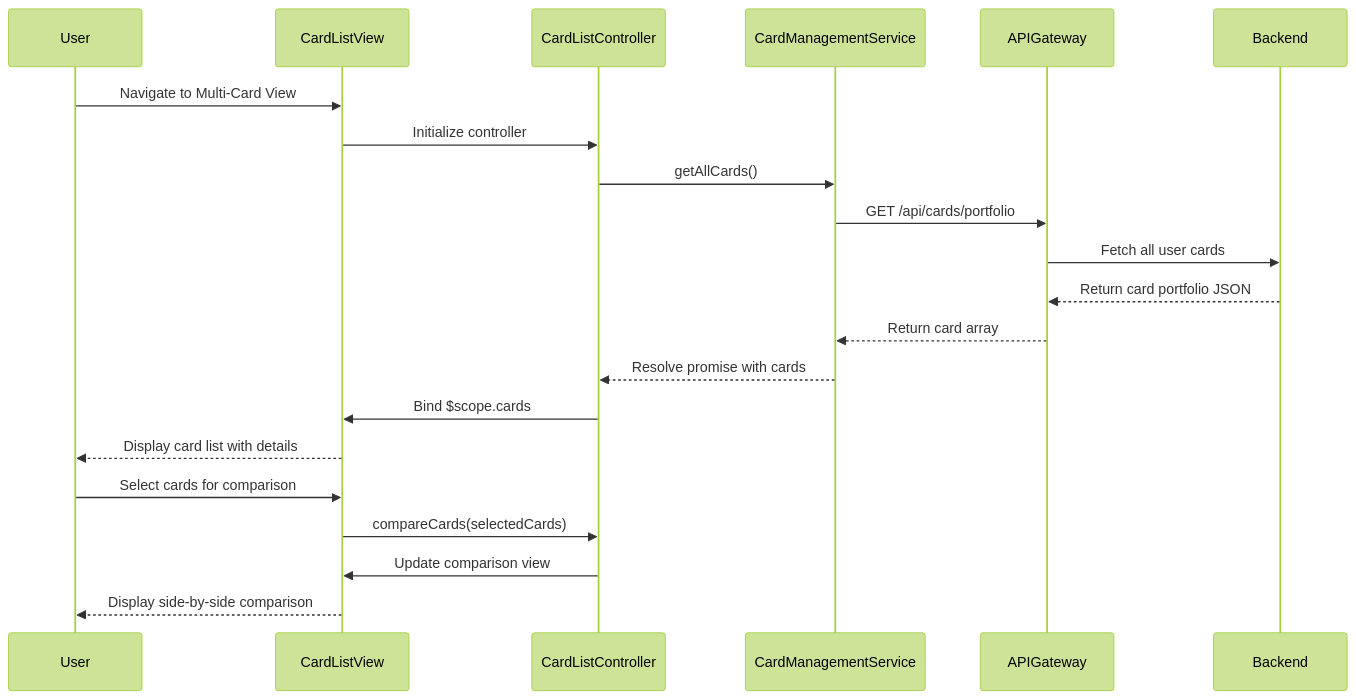
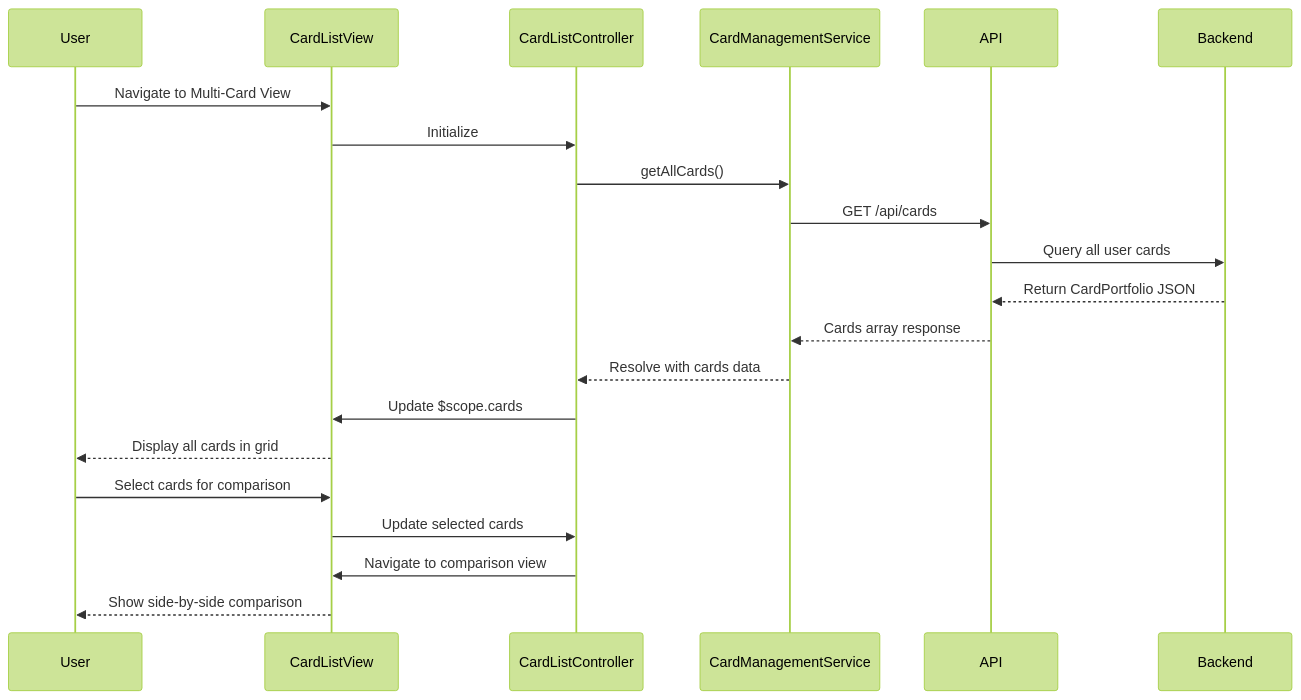
Before and after one commit to Davamani-git/APB_Demo: the diagram in LLD/QE-4629_LLD.md, drawn with Mermaid (forest theme). The commit also changed other lines of this file and 2 other files, not shown here.

````diff
--- a/LLD/QE-4629_LLD.md
+++ b/LLD/QE-4629_LLD.md
@@ -89,24 +68,24 @@
 ```mermaid
 sequenceDiagram
     participant User
     participant CardListView
     participant CardListController
     participant CardManagementService
-    participant APIGateway
+    participant API
     participant Backend
-
+    
     User->>CardListView: Navigate to Multi-Card View
-    CardListView->>CardListController: Initialize controller
+    CardListView->>CardListController: Initialize
     CardListController->>CardManagementService: getAllCards()
-    CardManagementService->>APIGateway: GET /api/cards/portfolio
-    APIGateway->>Backend: Fetch all user cards
-    Backend-->>APIGateway: Return card portfolio JSON
-    APIGateway-->>CardManagementService: Return card array
-    CardManagementService-->>CardListController: Resolve promise with cards
-    CardListController->>CardListView: Bind $scope.cards
-    CardListView-->>User: Display card list with details
+    CardManagementService->>API: GET /api/cards
+    API->>Backend: Query all user cards
+    Backend-->>API: Return CardPortfolio JSON
+    API-->>CardManagementService: Cards array response
+    CardManagementService-->>CardListController: Resolve with cards data
+    CardListController->>CardListView: Update $scope.cards
+    CardListView-->>User: Display all cards in grid
     User->>CardListView: Select cards for comparison
-    CardListView->>CardListController: compareCards(selectedCards)
-    CardListController->>CardListView: Update comparison view
-    CardListView-->>User: Display side-by-side comparison
+    CardListView->>CardListController: Update selected cards
+    CardListController->>CardListView: Navigate to comparison view
+    CardListView-->>User: Show side-by-side comparison
 ```
````
